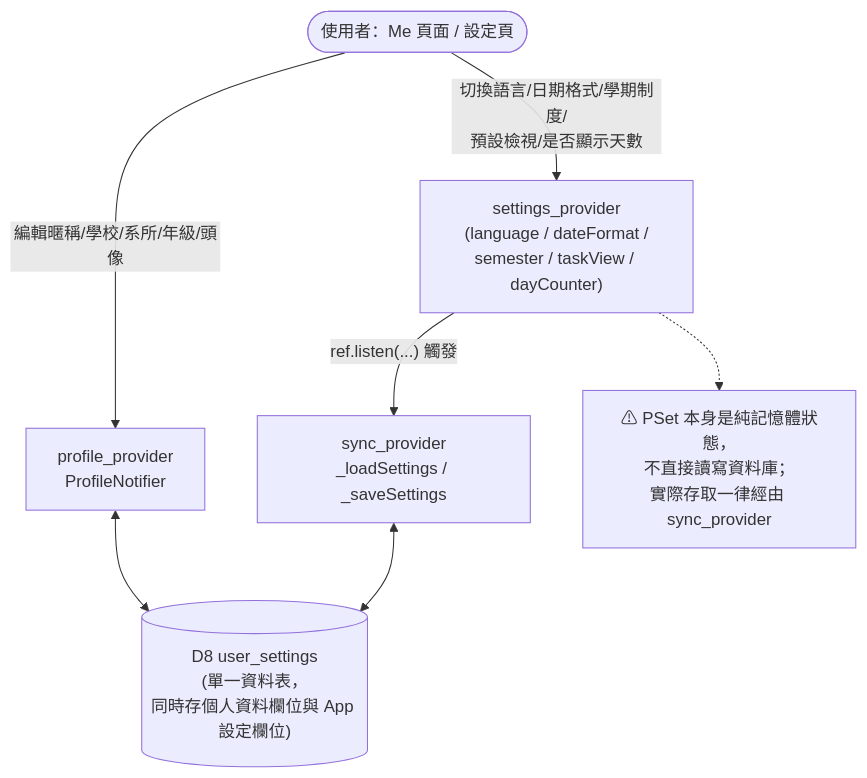
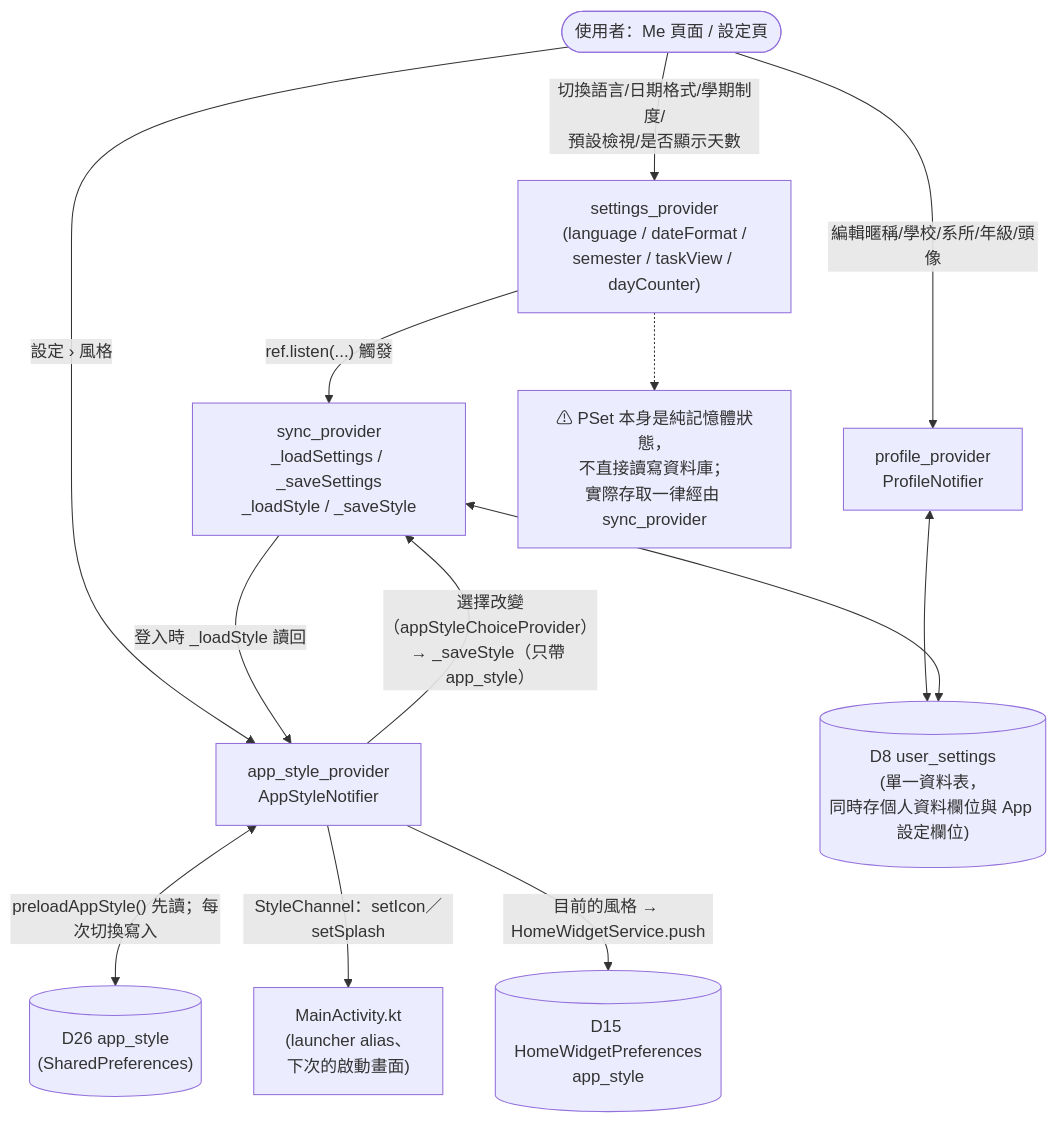
One commit to octofield/URniversity changed the fifth of 9 diagrams in docs/data_flow_diagram.md. Above: the diagram before and after it, drawn with Mermaid. The commit also changed other lines of this file and 222 other files, not shown here.

````diff
--- a/docs/data_flow_diagram.md
+++ b/docs/data_flow_diagram.md
@@ -209,18 +209,26 @@
 ```mermaid
 flowchart TD
     User(["使用者：Me 頁面 / 設定頁"])
 
     PP["profile_provider\nProfileNotifier"]
     PSet["settings_provider\n(language / dateFormat /\nsemester / taskView / dayCounter)"]
-    P3b["sync_provider\n_loadSettings / _saveSettings"]
+    PStyle["app_style_provider\nAppStyleNotifier"]
+    P3b["sync_provider\n_loadSettings / _saveSettings\n_loadStyle / _saveStyle"]
+    DStyle[("D26 app_style\n(SharedPreferences)")]
 
     DUS[("D8 user_settings\n(單一資料表，\n同時存個人資料欄位與 App 設定欄位)")]
 
     User -- "編輯暱稱/學校/系所/年級/頭像" --> PP <--> DUS
     User -- "切換語言/日期格式/學期制度/\n預設檢視/是否顯示天數" --> PSet
     PSet -- "ref.listen(...) 觸發" --> P3b
+    User -- "設定 › 風格" --> PStyle
+    PStyle <-- "preloadAppStyle() 先讀；每次切換寫入" --> DStyle
+    PStyle -- "選擇改變（appStyleChoiceProvider）→ _saveStyle（只帶 app_style）" --> P3b
+    PStyle -- "StyleChannel：setIcon／setSplash" --> Android["MainActivity.kt\n(launcher alias、\n下次的啟動畫面)"]
+    PStyle -- "目前的風格 → HomeWidgetService.push" --> DW[("D15 HomeWidgetPreferences\napp_style")]
+    P3b -- "登入時 _loadStyle 讀回" --> PStyle
     P3b <--> DUS
 
     Note1["⚠ PSet 本身是純記憶體狀態，\n不直接讀寫資料庫；\n實際存取一律經由 sync_provider"]
     PSet -.-> Note1
 ```
````
